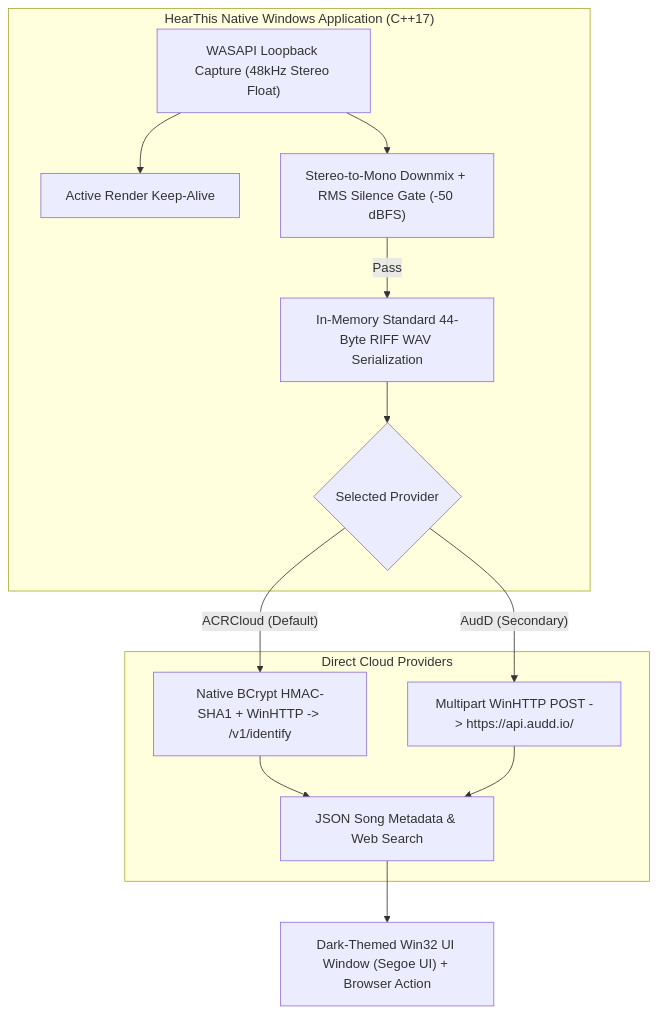
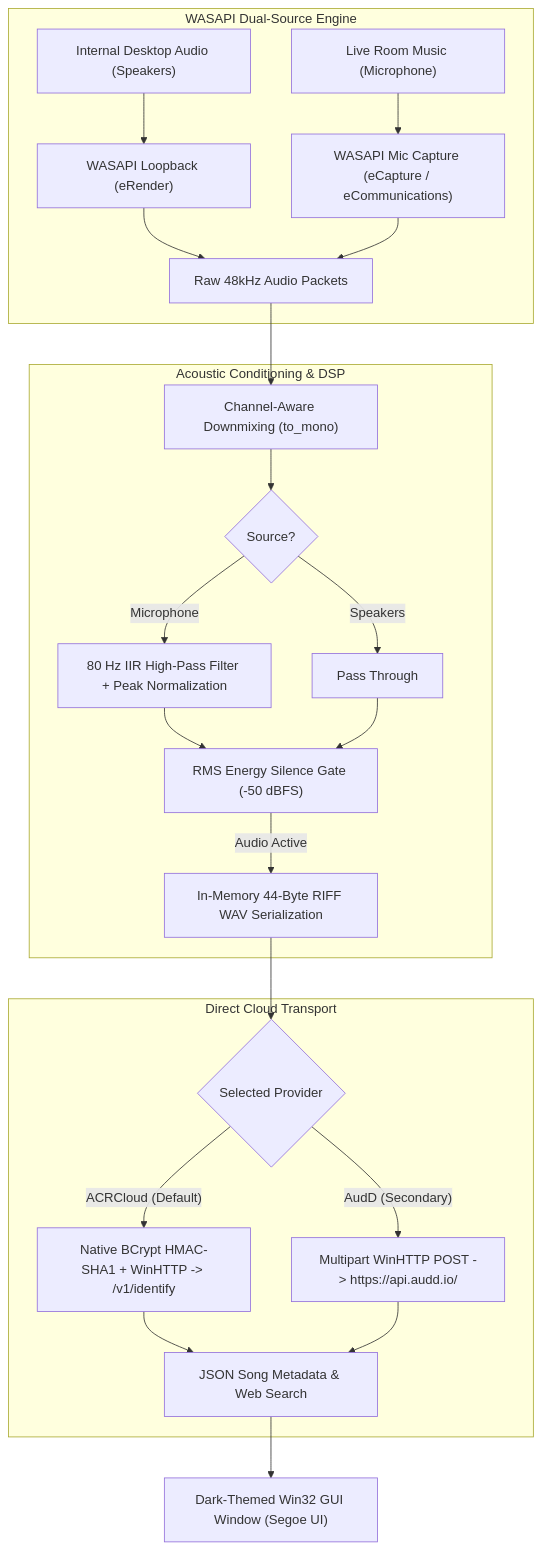
Before and after one commit to Deepesh70/song-detector: the diagram in README.md, drawn with Mermaid. The commit also changed other lines of this file and 12 other files, not shown here.

Commit message:
feat: add WASAPI audio capture engine, audio processor, tests, and documentation

````diff
--- a/README.md
+++ b/README.md
@@ -26,18 +30,29 @@
 ```mermaid
 flowchart TD
-    subgraph NativeApp ["HearThis Native Windows Application (C++17)"]
-        A["WASAPI Loopback Capture (48kHz Stereo Float)"] --> B["Active Render Keep-Alive"]
-        A --> C["Stereo-to-Mono Downmix + RMS Silence Gate (-50 dBFS)"]
-        C -->|"Pass"| D["In-Memory Standard 44-Byte RIFF WAV Serialization"]
-        D --> E{"Selected Provider"}
+    subgraph CaptureEngine ["WASAPI Dual-Source Engine"]
+        A1["Internal Desktop Audio (Speakers)"] --> B1["WASAPI Loopback (eRender)"]
+        A2["Live Room Music (Microphone)"] --> B2["WASAPI Mic Capture (eCapture / eCommunications)"]
+        B1 --> C["Raw 48kHz Audio Packets"]
+        B2 --> C
     end
 
-    subgraph Providers ["Direct Cloud Providers"]
-        E -->|"ACRCloud (Default)"| F["Native BCrypt HMAC-SHA1 + WinHTTP -> /v1/identify"]
-        E -->|"AudD (Secondary)"| G["Multipart WinHTTP POST -> https://api.audd.io/"]
-        F --> H["JSON Song Metadata & Web Search"]
+    subgraph Conditioning ["Acoustic Conditioning & DSP"]
+        C --> D["Channel-Aware Downmixing (to_mono)"]
+        D --> E{"Source?"}
+        E -->|"Microphone"| F["80 Hz IIR High-Pass Filter + Peak Normalization"]
+        E -->|"Speakers"| G["Pass Through"]
+        F --> H["RMS Energy Silence Gate (-50 dBFS)"]
         G --> H
+        H -->|"Audio Active"| I["In-Memory 44-Byte RIFF WAV Serialization"]
     end
 
-    H --> I["Dark-Themed Win32 UI Window (Segoe UI) + Browser Action"]
+    subgraph Providers ["Direct Cloud Transport"]
+        I --> J{"Selected Provider"}
+        J -->|"ACRCloud (Default)"| K["Native BCrypt HMAC-SHA1 + WinHTTP -> /v1/identify"]
+        J -->|"AudD (Secondary)"| L["Multipart WinHTTP POST -> https://api.audd.io/"]
+        K --> M["JSON Song Metadata & Web Search"]
+        L --> M
+    end
+
+    M --> N["Dark-Themed Win32 GUI Window (Segoe UI)"]
 ```
````
